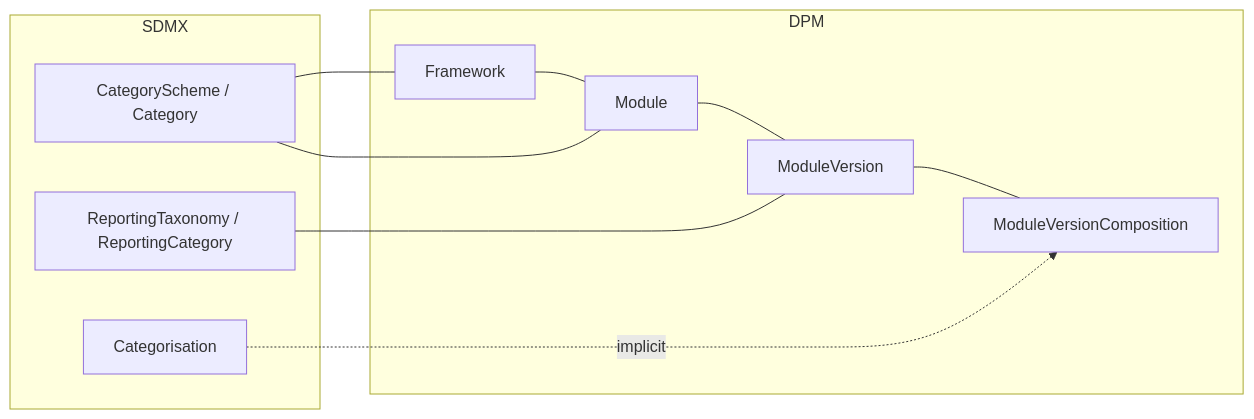
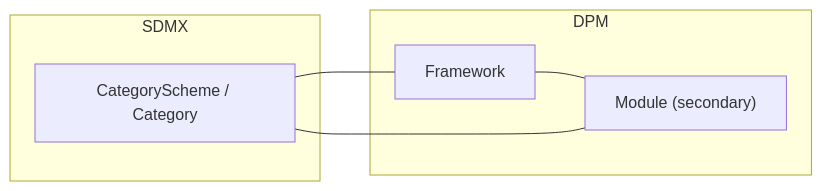
Before and after one commit to sdmx-twg/wp-sdmx-dpm: the diagram in docs/models-relationships/03_other_artifacts/02_high_level_mapping_summary.md, drawn with Mermaid. The commit also changed other lines of this file and 6 other files, not shown here.

First line of the commit message:
docs: move Module/ModuleVersion to §02 Data Definition

````diff
--- a/docs/models-relationships/03_other_artifacts/02_high_level_mapping_summary.md
+++ b/docs/models-relationships/03_other_artifacts/02_high_level_mapping_summary.md
@@ -18,23 +15,15 @@
 ```mermaid
 flowchart LR
   subgraph SDMX
     sCatScheme["CategoryScheme / Category"]
-    sCategorisation["Categorisation"]
-    sRepTax["ReportingTaxonomy / ReportingCategory"]
   end
 
   subgraph DPM
     dFramework["Framework"]
-    dModule["Module"]
-    dModuleVersion["ModuleVersion"]
-    dMVC["ModuleVersionComposition"]
+    dModule["Module (secondary)"]
     dFramework --- dModule
-    dModule --- dModuleVersion
-    dModuleVersion --- dMVC
   end
 
   sCatScheme --- dFramework
   sCatScheme --- dModule
-  sRepTax --- dModuleVersion
-  sCategorisation -.->|implicit| dMVC
 ```
````
